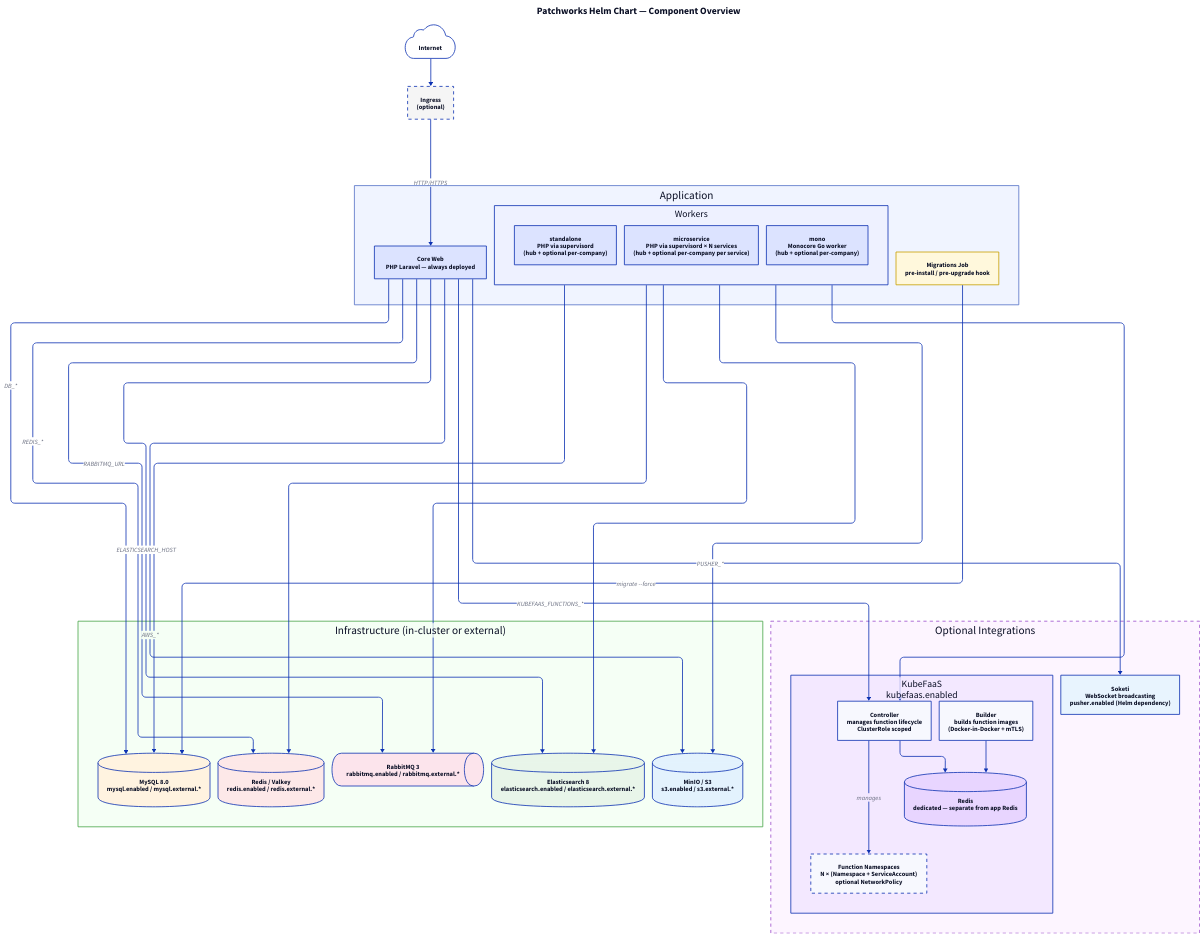
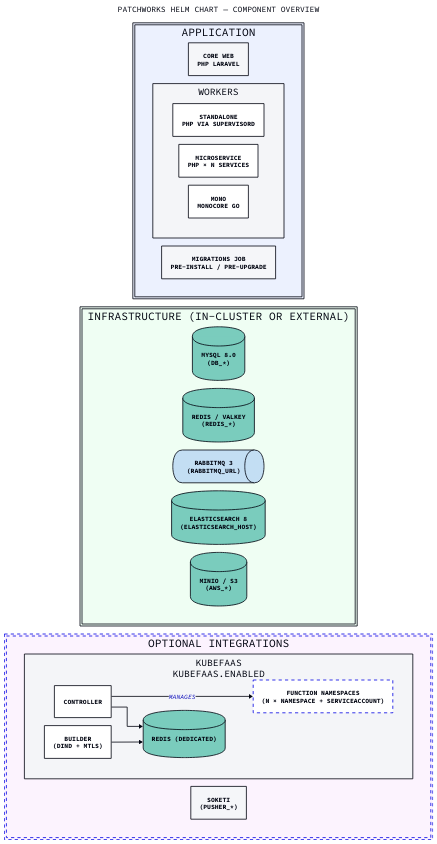
Before and after one commit to gopatchworks/selfhosted: the diagram in docs/chart-overview.d2, drawn with D2. The commit also changed 11 other files, not shown here.

Commit message:
update diagrams and docs

```diff
--- a/docs/chart-overview.d2
+++ b/docs/chart-overview.d2
@@ -1,163 +1,59 @@
 vars: {
   d2-config: {
     layout-engine: elk
+    # Terminal theme code
+    theme-id: 300
   }
 }
 
-direction: down
+direction: right
 
 title: "Patchworks Helm Chart — Component Overview" {
   shape: text
   near: top-center
-  style: {
-    font-size: 24
-    bold: true
-  }
+  style.font-size: 20
 }
 
-# ── Entry point ──────────────────────────────────────────────────────────────
+application: Application {
+  style.fill: "#EDF2FF"
 
-internet: Internet {
-  shape: cloud
+  web: "Core Web\nPHP Laravel" { shape: rectangle }
+
+  workers: Workers {
+    standalone:   "standalone\nPHP via supervisord" { shape: rectangle }
+    microservice: "microservice\nPHP × N services"  { shape: rectangle }
+    mono:         "mono\nMonocore Go"               { shape: rectangle }
+  }
+
+  migrations: "Migrations Job\npre-install / pre-upgrade" { shape: rectangle }
 }
 
-ingress: "Ingress\n(optional)" {
-  shape: rectangle
-  style: {
-    fill: "#f5f5f5"
-    stroke-dash: 4
-  }
+infra: "Infrastructure (in-cluster or external)" {
+  style.fill: "#F0FFF4"
+
+  mysql:         "MySQL 8.0\n(DB_*)"                     { shape: cylinder }
+  redis:         "Redis / Valkey\n(REDIS_*)"              { shape: cylinder }
+  rabbitmq:      "RabbitMQ 3\n(RABBITMQ_URL)"             { shape: queue    }
+  elasticsearch: "Elasticsearch 8\n(ELASTICSEARCH_HOST)"  { shape: cylinder }
+  s3:            "MinIO / S3\n(AWS_*)"                    { shape: cylinder }
 }
 
-internet -> ingress
-
-# ── Application layer ────────────────────────────────────────────────────────
-
-application: Application {
-  style: {
-    fill: "#f0f4ff"
-    stroke: "#5470c6"
-    stroke-width: 2
-  }
-
-  web: "Core Web\nPHP Laravel — always deployed" {
-    shape: rectangle
-    style.fill: "#dce3ff"
-  }
-
-  workers: Workers {
-    style.fill: "#eef1ff"
-    standalone: "standalone\nPHP via supervisord\n(hub + optional per-company)" {
-      style.fill: "#dce3ff"
-    }
-    microservice: "microservice\nPHP via supervisord × N services\n(hub + optional per-company per service)" {
-      style.fill: "#dce3ff"
-    }
-    mono: "mono\nMonocore Go worker\n(hub + optional per-company)" {
-      style.fill: "#dce3ff"
-    }
-  }
-
-  migrations: "Migrations Job\npre-install / pre-upgrade hook" {
-    shape: rectangle
-    style: {
-      fill: "#fff8dc"
-      stroke: "#c8a000"
-    }
-  }
-}
-
-ingress -> application.web: HTTP/HTTPS
-
-# ── Infrastructure ────────────────────────────────────────────────────────────
-
-infra: "Infrastructure (in-cluster or external)" {
-  style: {
-    fill: "#f5fff5"
-    stroke: "#4aa54a"
-    stroke-width: 2
-  }
-
-  mysql: "MySQL 8.0\nmysql.enabled / mysql.external.*" {
-    shape: cylinder
-    style.fill: "#fff3e0"
-  }
-
-  redis: "Redis / Valkey\nredis.enabled / redis.external.*" {
-    shape: cylinder
-    style.fill: "#fde8e8"
-  }
-
-  rabbitmq: "RabbitMQ 3\nrabbitmq.enabled / rabbitmq.external.*" {
-    shape: queue
-    style.fill: "#fce4ec"
-  }
-
-  elasticsearch: "Elasticsearch 8\nelasticsearch.enabled / elasticsearch.external.*" {
-    shape: cylinder
-    style.fill: "#e8f5e9"
-  }
-
-  s3: "MinIO / S3\ns3.enabled / s3.external.*" {
-    shape: cylinder
-    style.fill: "#e3f2fd"
-  }
-}
-
-# ── Optional integrations ─────────────────────────────────────────────────────
-
 optional: "Optional Integrations" {
-  style: {
-    fill: "#fdf5ff"
-    stroke: "#9c4dcc"
-    stroke-width: 2
-    stroke-dash: 4
-  }
+  style.fill: "#FDF4FF"
+  style.stroke-dash: 4
 
   kubefaas: "KubeFaaS\nkubefaas.enabled" {
-    style.fill: "#f3e8ff"
-
-    controller: "Controller\nmanages function lifecycle\nClusterRole scoped" {
-      shape: rectangle
-    }
-    builder: "Builder\nbuilds function images\n(Docker-in-Docker + mTLS)" {
-      shape: rectangle
-    }
-    kfredis: "Redis\ndedicated — separate from app Redis" {
-      shape: cylinder
-      style.fill: "#e8d5ff"
-    }
-    functions: "Function Namespaces\nN × (Namespace + ServiceAccount)\noptional NetworkPolicy" {
+    controller: Controller { shape: rectangle }
+    builder:    "Builder\n(dind + mTLS)"   { shape: rectangle }
+    kfredis:    "Redis (dedicated)"        { shape: cylinder }
+    functions:  "Function Namespaces\n(N × Namespace + ServiceAccount)" {
       shape: rectangle
       style.stroke-dash: 4
     }
-
     controller -> kfredis
-    builder -> kfredis
+    builder    -> kfredis
     controller -> functions: manages
   }
 
-  soketi: "Soketi\nWebSocket broadcasting\npusher.enabled (Helm dependency)" {
-    shape: rectangle
-    style.fill: "#e8f4fe"
-  }
+  soketi: "Soketi\n(PUSHER_*)" { shape: rectangle }
 }
-
-# ── Application → infrastructure connections ──────────────────────────────────
-
-application.web -> infra.mysql: DB_*
-application.web -> infra.redis: REDIS_*
-application.web -> infra.rabbitmq: RABBITMQ_URL
-application.web -> infra.elasticsearch: ELASTICSEARCH_HOST
-application.web -> infra.s3: AWS_*
-application.web -> optional.kubefaas.controller: KUBEFAAS_FUNCTIONS_*
-application.web -> optional.soketi: PUSHER_*
-
-application.workers -> infra.mysql
-application.workers -> infra.redis
-application.workers -> infra.rabbitmq
-application.workers -> infra.elasticsearch
-application.workers -> infra.s3
-application.workers -> optional.kubefaas.controller
-
-application.migrations -> infra.mysql: migrate --force
```
